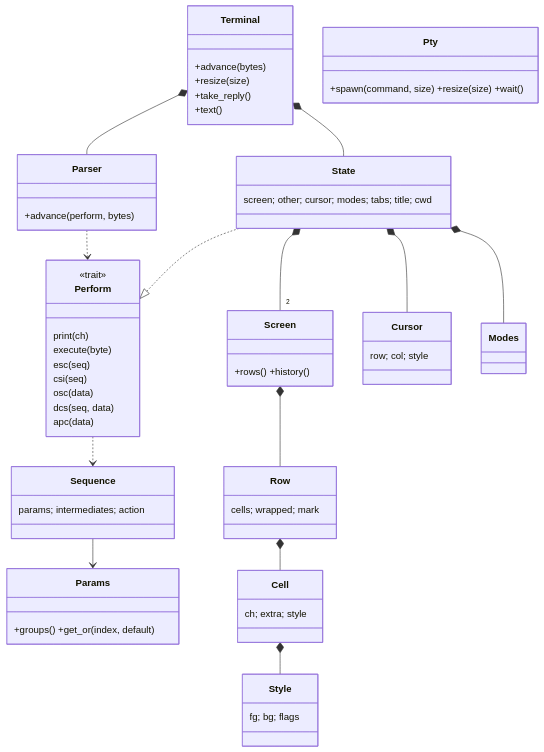
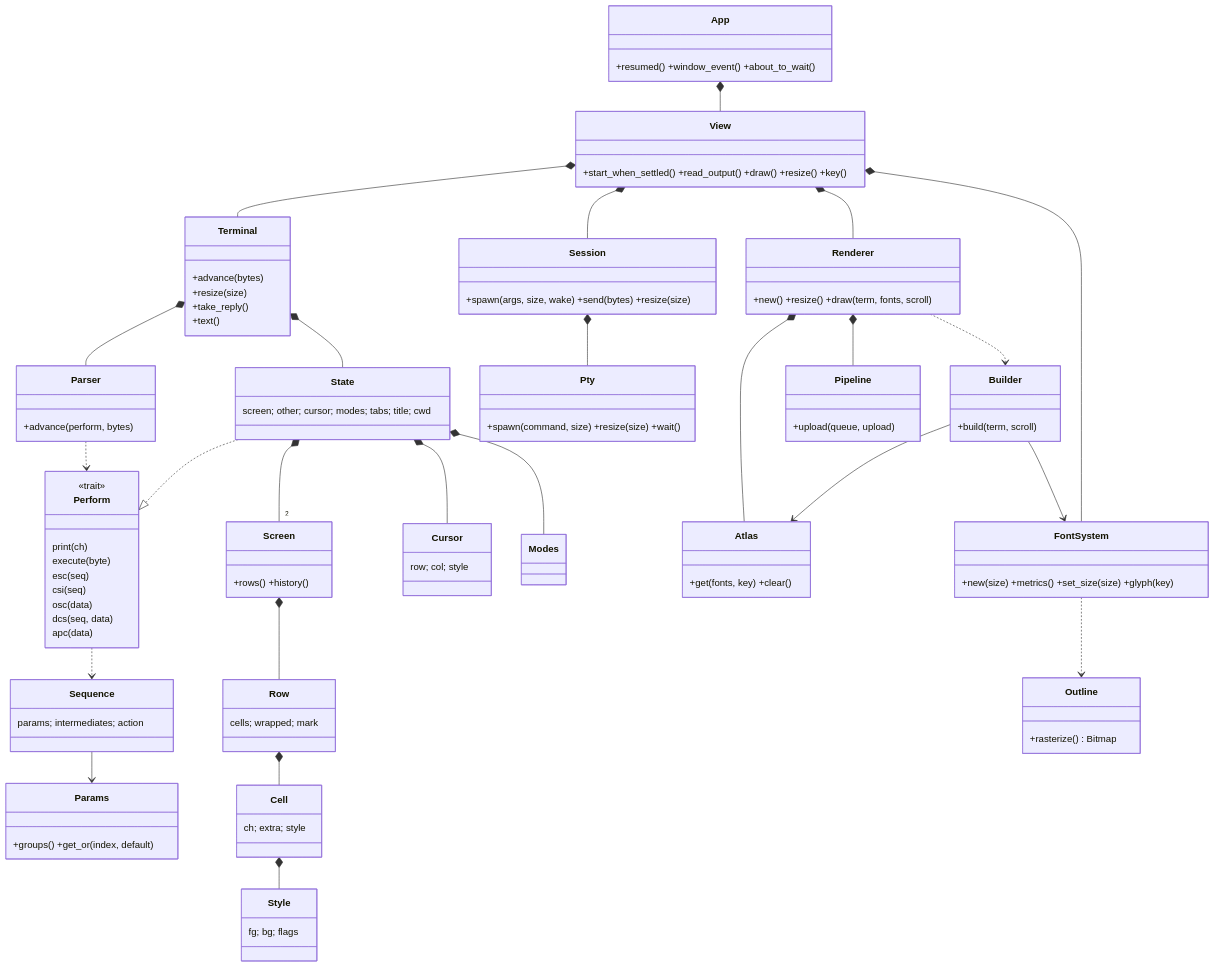
One commit to Utkautka1/DimaSter changed the second of 3 diagrams in docs/UML.md. Above: the diagram before and after it, drawn with Mermaid. The commit also changed other lines of this file and 24 other files, not shown here.

````diff
--- a/docs/UML.md
+++ b/docs/UML.md
@@ -14,43 +18,65 @@
 ```mermaid
 classDiagram
     class Parser { +advance(perform, bytes) }
     class Perform {
         <<trait>>
         print(ch)
         execute(byte)
         esc(seq)
         csi(seq)
         osc(data)
         dcs(seq, data)
         apc(data)
     }
     class Sequence { params; intermediates; action }
     class Params { +groups() +get_or(index, default) }
     class Terminal {
         +advance(bytes)
         +resize(size)
         +take_reply()
         +text()
     }
     class State { screen; other; cursor; modes; tabs; title; cwd }
     class Screen { +rows() +history() }
     class Row { cells; wrapped; mark }
     class Cell { ch; extra; style }
     class Style { fg; bg; flags }
     class Cursor { row; col; style }
     class Modes
     class Pty { +spawn(command, size) +resize(size) +wait() }
+    class App { +resumed() +window_event() +about_to_wait() }
+    class View { +start_when_settled() +read_output() +draw() +resize() +key() }
+    class Session { +spawn(args, size, wake) +send(bytes) +resize(size) }
+    class Renderer { +new() +resize() +draw(term, fonts, scroll) }
+    class Builder { +build(term, scroll) }
+    class Atlas { +get(fonts, key) +clear() }
+    class Pipeline { +upload(queue, upload) }
+    class FontSystem { +new(size) +metrics() +set_size(size) +glyph(key) }
+    class Outline { +rasterize() Bitmap }
+
+    App *-- View
+    View *-- Terminal
+    View *-- Session
+    View *-- Renderer
+    View *-- FontSystem
+    Session *-- Pty
+    Renderer *-- Atlas
+    Renderer *-- Pipeline
+    Renderer ..> Builder
+    Builder --> Atlas
+    Builder --> FontSystem
+    FontSystem ..> Outline
 
     Terminal *-- Parser
     Terminal *-- State
     Parser ..> Perform
     Perform ..> Sequence
     Sequence --> Params
     State ..|> Perform
     State *-- "2" Screen
     State *-- Cursor
     State *-- Modes
     Screen *-- Row
     Row *-- Cell
     Cell *-- Style
 ```
````
